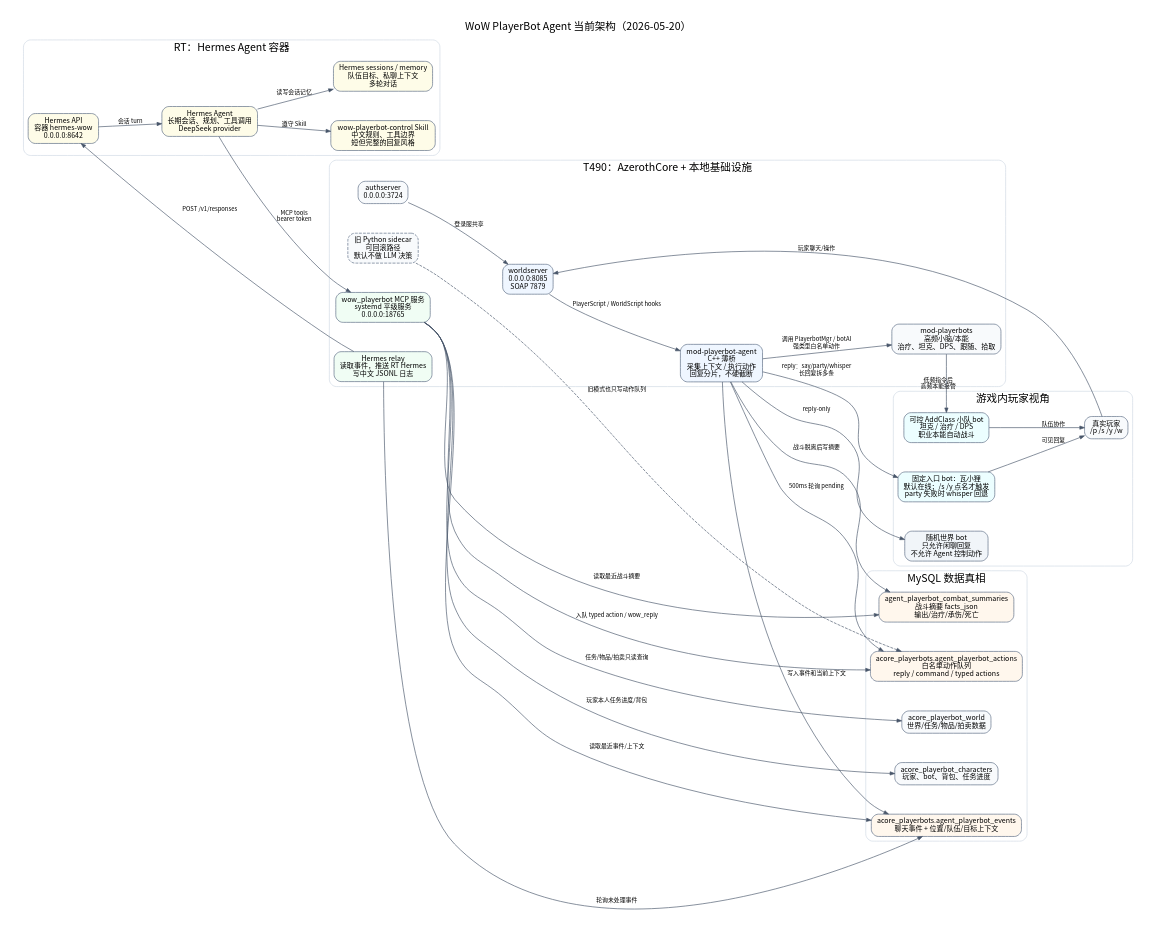
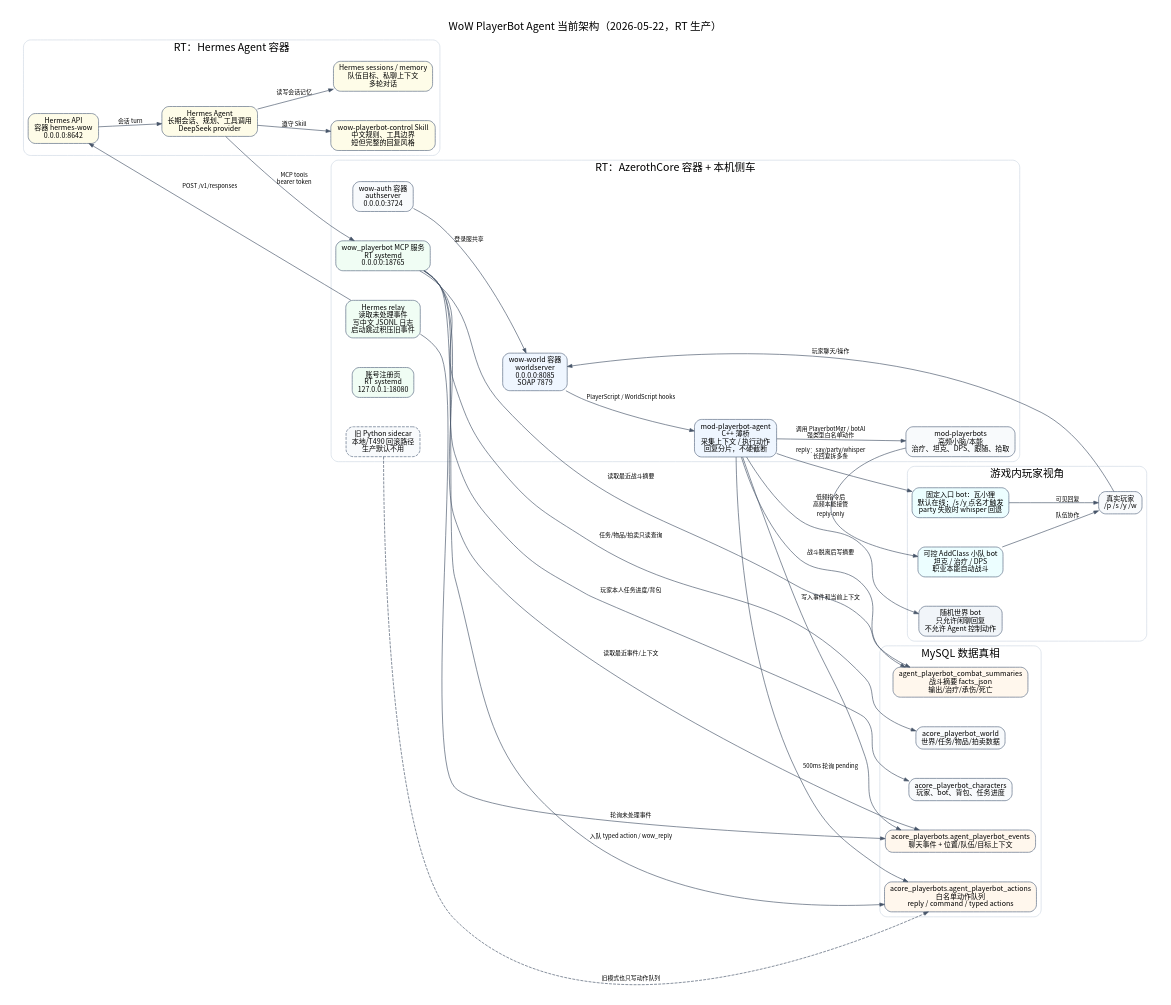
Before and after one commit to foxden-app/azerothcore-wotlk: the diagram in doc/agent-playerbot-architecture.dot, drawn with Graphviz. The commit also changed 21 other files, not shown here.

```diff
--- a/doc/agent-playerbot-architecture.dot
+++ b/doc/agent-playerbot-architecture.dot
@@ -1,109 +1,110 @@
 digraph AgentPlayerbotArchitecture {
   graph [
     rankdir=LR,
     bgcolor="white",
     pad=0.35,
     nodesep=0.7,
     ranksep=0.9,
     fontname="Noto Sans CJK SC",
     fontsize=18,
     labelloc=t,
-    label="WoW PlayerBot Agent 当前架构（2026-05-20）"
+    label="WoW PlayerBot Agent 当前架构（2026-05-22，RT 生产）"
   ];
 
   node [
     shape=box,
     style="rounded,filled",
     fontname="Noto Sans CJK SC",
     fontsize=12,
     color="#64748B",
     penwidth=1.2,
     fillcolor="#F8FAFC",
     margin="0.12,0.08"
   ];
 
   edge [
     fontname="Noto Sans CJK SC",
     fontsize=10,
     color="#475569",
     arrowsize=0.8,
     penwidth=1.1
   ];
 
   subgraph cluster_player {
     label="游戏内玩家视角";
     color="#CBD5E1";
     style="rounded";
 
     player [label="真实玩家\n/p /s /y /w"];
     anchor [label="固定入口 bot：瓦小狸\n默认在线；/s /y 点名才触发\nparty 失败时 whisper 回退", fillcolor="#ECFEFF"];
     groupbots [label="可控 AddClass 小队 bot\n坦克 / 治疗 / DPS\n职业本能自动战斗", fillcolor="#ECFEFF"];
     randombots [label="随机世界 bot\n只允许闲聊回复\n不允许 Agent 控制动作", fillcolor="#F1F5F9"];
   }
 
-  subgraph cluster_t490 {
-    label="T490：AzerothCore + 本地基础设施";
+  subgraph cluster_game_rt {
+    label="RT：AzerothCore 容器 + 本机侧车";
     color="#CBD5E1";
     style="rounded";
 
-    auth [label="authserver\n0.0.0.0:3724"];
-    world [label="worldserver\n0.0.0.0:8085\nSOAP 7879", fillcolor="#EFF6FF"];
+    auth [label="wow-auth 容器\nauthserver\n0.0.0.0:3724"];
+    world [label="wow-world 容器\nworldserver\n0.0.0.0:8085\nSOAP 7879", fillcolor="#EFF6FF"];
     modpb [label="mod-playerbots\n高频小脑/本能\n治疗、坦克、DPS、跟随、拾取"];
     bridge [label="mod-playerbot-agent\nC++ 薄桥\n采集上下文 / 执行动作\n回复分片，不硬截断", fillcolor="#EFF6FF"];
-    mcp [label="wow_playerbot MCP 服务\nsystemd 平级服务\n0.0.0.0:18765", fillcolor="#F0FDF4"];
-    relay [label="Hermes relay\n读取事件，推送 RT Hermes\n写中文 JSONL 日志", fillcolor="#F0FDF4"];
-    legacy [label="旧 Python sidecar\n可回滚路径\n默认不做 LLM 决策", fillcolor="#F8FAFC", style="rounded,dashed,filled"];
+    mcp [label="wow_playerbot MCP 服务\nRT systemd\n0.0.0.0:18765", fillcolor="#F0FDF4"];
+    relay [label="Hermes relay\n读取未处理事件\n写中文 JSONL 日志\n启动跳过积压旧事件", fillcolor="#F0FDF4"];
+    register [label="账号注册页\nRT systemd\n127.0.0.1:18080", fillcolor="#F0FDF4"];
+    legacy [label="旧 Python sidecar\n本地/T490 回滚路径\n生产默认不用", fillcolor="#F8FAFC", style="rounded,dashed,filled"];
   }
 
   subgraph cluster_db {
     label="MySQL 数据真相";
     color="#CBD5E1";
     style="rounded";
 
     dbworld [label="acore_playerbot_world\n世界/任务/物品/拍卖数据"];
     dbchars [label="acore_playerbot_characters\n玩家、bot、背包、任务进度"];
     dbevents [label="acore_playerbots.agent_playerbot_events\n聊天事件 + 位置/队伍/目标上下文", fillcolor="#FFF7ED"];
     dbactions [label="acore_playerbots.agent_playerbot_actions\n白名单动作队列\nreply / command / typed actions", fillcolor="#FFF7ED"];
     dbcombat [label="agent_playerbot_combat_summaries\n战斗摘要 facts_json\n输出/治疗/承伤/死亡", fillcolor="#FFF7ED"];
   }
 
   subgraph cluster_rt {
     label="RT：Hermes Agent 容器";
     color="#CBD5E1";
     style="rounded";
 
     hermesapi [label="Hermes API\n容器 hermes-wow\n0.0.0.0:8642", fillcolor="#FEFCE8"];
     hermesagent [label="Hermes Agent\n长期会话、规划、工具调用\nDeepSeek provider", fillcolor="#FEFCE8"];
     skill [label="wow-playerbot-control Skill\n中文规则、工具边界\n短但完整的回复风格", fillcolor="#FEFCE8"];
     memory [label="Hermes sessions / memory\n队伍目标、私聊上下文\n多轮对话", fillcolor="#FEFCE8"];
   }
 
   player -> world [label="玩家聊天/操作"];
   world -> bridge [label="PlayerScript / WorldScript hooks"];
   bridge -> dbevents [label="写入事件和当前上下文"];
   bridge -> dbcombat [label="战斗脱离后写摘要"];
 
   relay -> dbevents [label="轮询未处理事件"];
   relay -> hermesapi [label="POST /v1/responses"];
   hermesapi -> hermesagent [label="会话 turn"];
   hermesagent -> skill [label="遵守 Skill"];
   hermesagent -> memory [label="读写会话记忆"];
   hermesagent -> mcp [label="MCP tools\nbearer token"];
 
   mcp -> dbworld [label="任务/物品/拍卖只读查询"];
   mcp -> dbchars [label="玩家本人任务进度/背包"];
   mcp -> dbevents [label="读取最近事件/上下文"];
   mcp -> dbcombat [label="读取最近战斗摘要"];
   mcp -> dbactions [label="入队 typed action / wow_reply"];
 
   bridge -> dbactions [label="500ms 轮询 pending"];
   bridge -> modpb [label="调用 PlayerbotMgr / botAI\n强类型白名单动作"];
   modpb -> groupbots [label="低频指令后\n高频本能接管"];
   bridge -> anchor [label="reply：say/party/whisper\n长回复拆多条"];
   bridge -> randombots [label="reply-only"];
   anchor -> player [label="可见回复"];
   groupbots -> player [label="队伍协作"];
 
   auth -> world [label="登录服共享"];
   legacy -> dbactions [label="旧模式也只写动作队列", style=dashed];
 }
```
